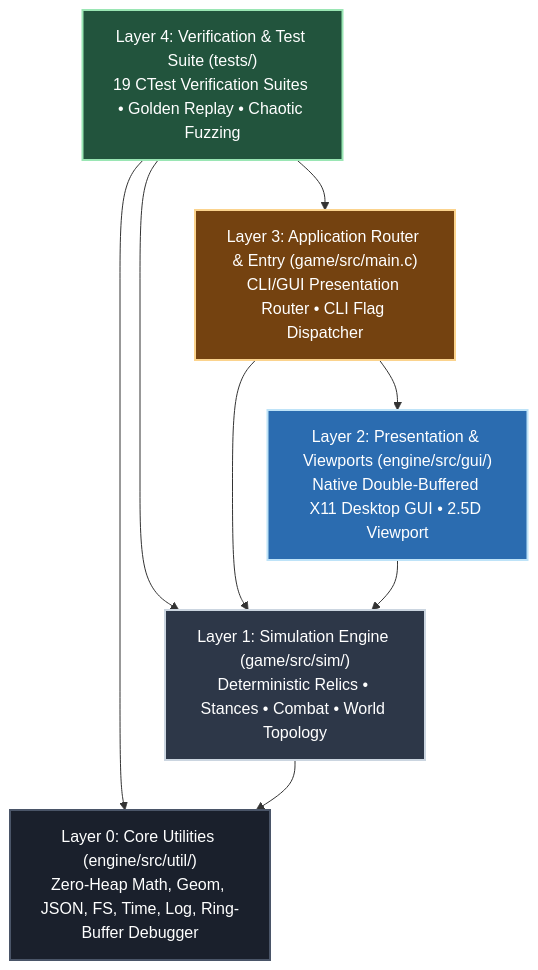
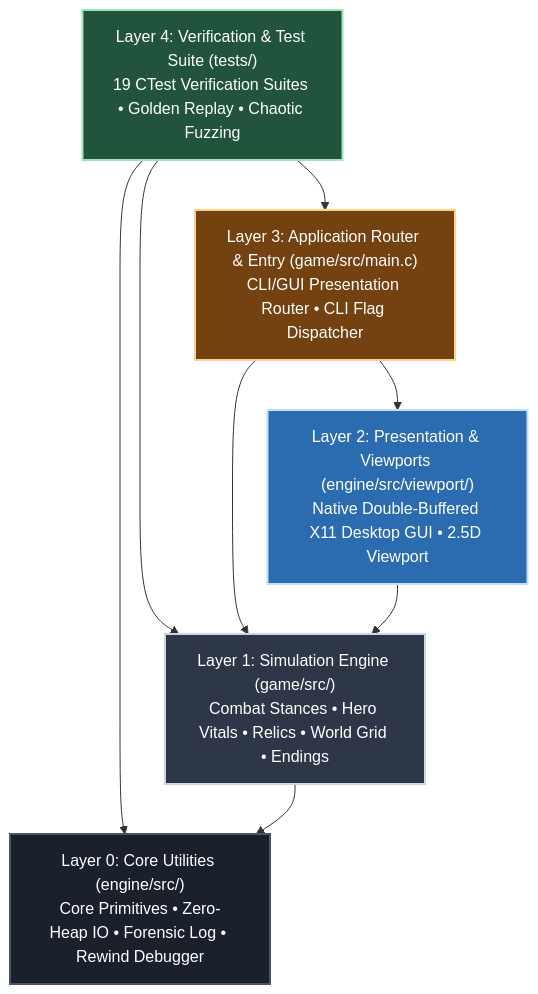
Before and after one commit to Novaking34/Tenebris-and-Lux: the first of 3 diagrams in README.md, drawn with Mermaid. The commit also changed other lines of this file and 298 other files, not shown here.

````diff
--- a/README.md
+++ b/README.md
@@ -193,22 +193,22 @@
 ```mermaid
 graph TD
     L4["Layer 4: Verification & Test Suite (tests/)<br/>19 CTest Verification Suites • Golden Replay • Chaotic Fuzzing"]
     L3["Layer 3: Application Router & Entry (game/src/main.c)<br/>CLI/GUI Presentation Router • CLI Flag Dispatcher"]
-    L2["Layer 2: Presentation & Viewports (engine/src/gui/)<br/>Native Double-Buffered X11 Desktop GUI • 2.5D Viewport"]
-    L1["Layer 1: Simulation Engine (game/src/sim/)<br/>Deterministic Relics • Stances • Combat • World Topology"]
-    L0["Layer 0: Core Utilities (engine/src/util/)<br/>Zero-Heap Math, Geom, JSON, FS, Time, Log, Ring-Buffer Debugger"]
+    L2["Layer 2: Presentation & Viewports (engine/src/viewport/)<br/>Native Double-Buffered X11 Desktop GUI • 2.5D Viewport"]
+    L1["Layer 1: Simulation Engine (game/src/)<br/>Combat Stances • Hero Vitals • Relics • World Grid • Endings"]
+    L0["Layer 0: Core Utilities (engine/src/)<br/>Core Primitives • Zero-Heap IO • Forensic Log • Rewind Debugger"]
 
     L4 --> L3
     L4 --> L1
     L4 --> L0
     L3 --> L2
     L3 --> L1
     L2 --> L1
     L1 --> L0
 
     style L0 fill:#1a202c,stroke:#4a5568,stroke-width:2px,color:#fff
     style L1 fill:#2d3748,stroke:#cbd5e0,stroke-width:2px,color:#fff
     style L2 fill:#2b6cb0,stroke:#bee3f8,stroke-width:2px,color:#fff
     style L3 fill:#744210,stroke:#fbd38d,stroke-width:2px,color:#fff
     style L4 fill:#22543d,stroke:#9ae6b4,stroke-width:2px,color:#fff
 ```
````
